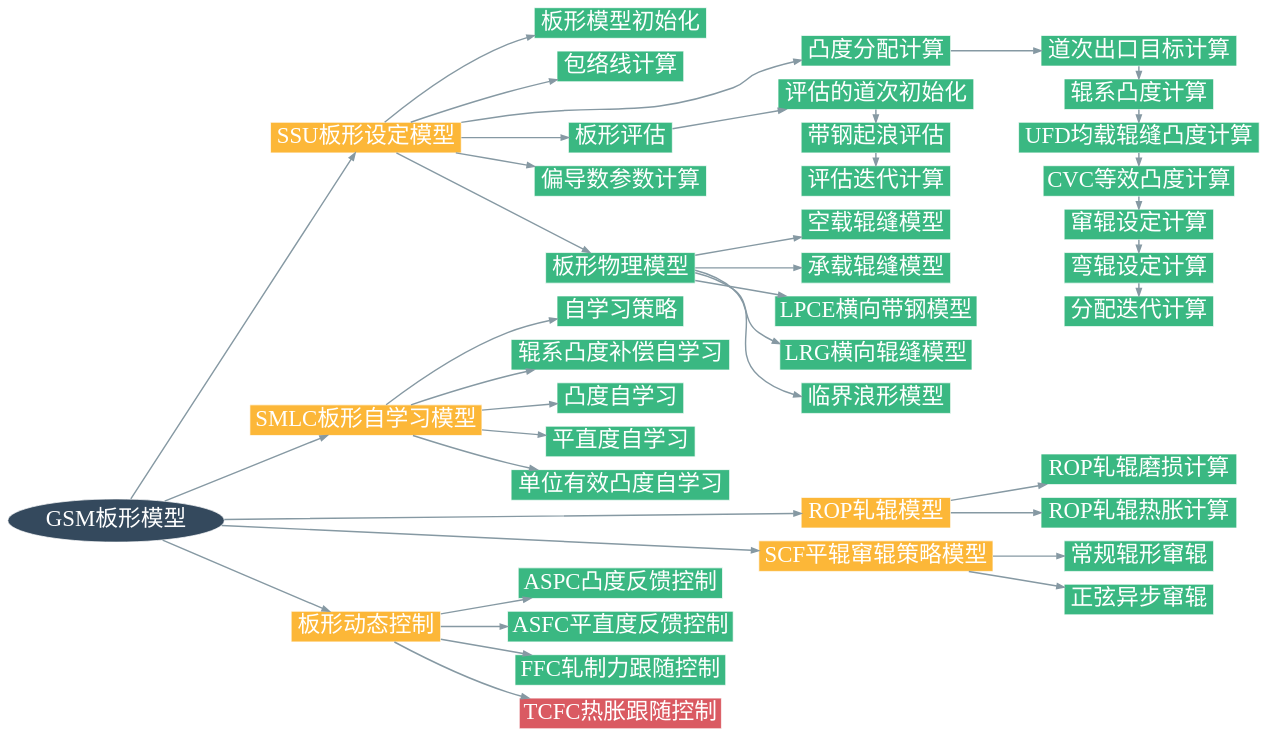
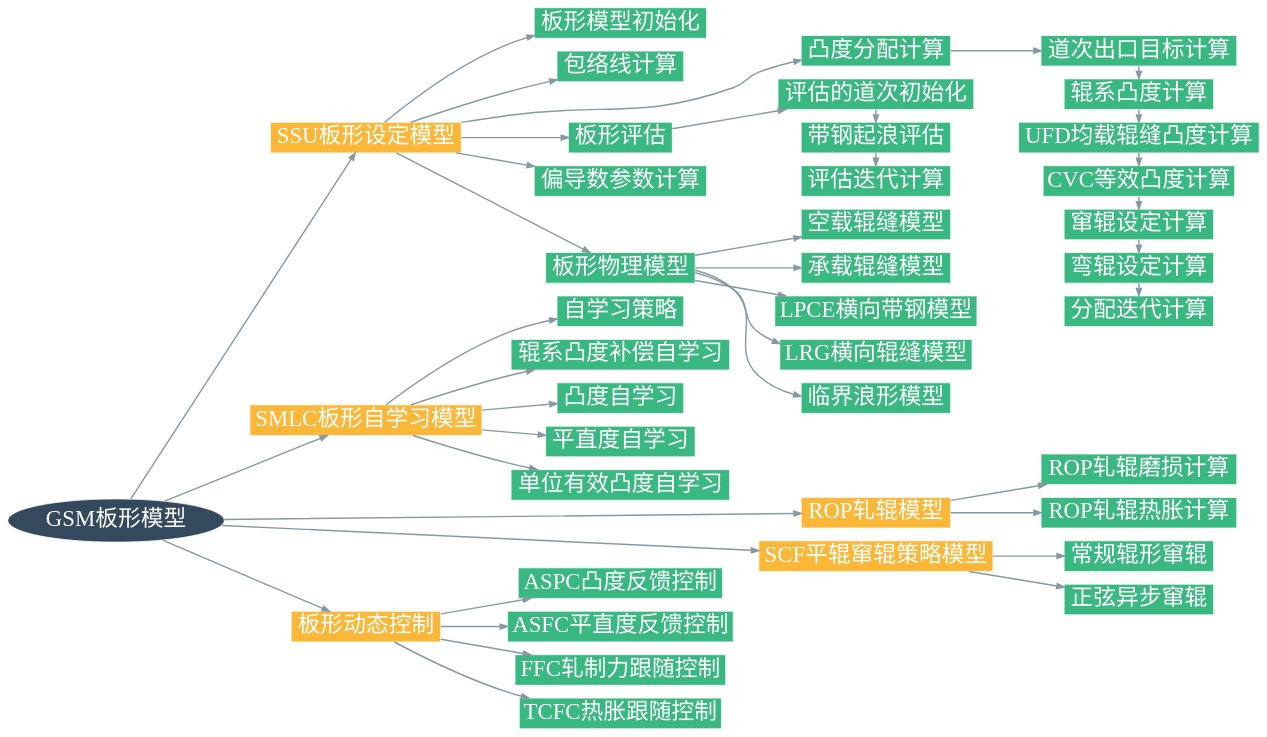
One commit to nekohor/digestion_of_shape_model changed the diagram in doc/anatomy/anatomy_gsm.dot. Above: the diagram before and after it, drawn with Graphviz. The commit also changed 14 other files, not shown here.

```diff
--- a/doc/anatomy/anatomy_gsm.dot
+++ b/doc/anatomy/anatomy_gsm.dot
@@ -1,149 +1,149 @@
 digraph G{  
     //node [shape=plaintext, fontname="Microsoft Yahei、Inziu Iosevka SC"];
     //graph [
         //charset = "UTF-8";
 
         // = "#343434",
         //fontcolor = white,
         //fontsize = 18,
         //style = "filled",
         rankdir = LR;
         margin = 1.2;
         //splines = spline,
         //ranksep = 1.0,
         //nodesep = 0.9
-        //fillcolor="#DA5A62"
+        //fillcolor="#DA5A62"  // 红色
     //];
     //compound=true;
     node [style="filled";
           //colorscheme="greys4";
           shape="box";
           fontname = "Inziu Iosevka SC";
           fontsize = 32,
           fontcolor = "#FFFFFF",
           color="#FFFFFF",
           size="5,5";
           fillcolor="#3AB882";
           distortion=.7;
     ];
     edge [style="bold";
           fontname = "Inziu Iosevka SC";
           fontsize = 22;
           fontcolor="#8699A3";
           color="#8699A3";
           //peripheries="3";
     ];
 
     GSM[label="GSM板形模型" shape="oval" fontcolor="white" fillcolor="#34495D"];
 
     SSU[label="SSU板形设定模型" fillcolor="#FCB738"];
     SSU_init[label="板形模型初始化"];
     SSU_env[label="包络线计算"];
     SSU_alc[label="凸度分配计算"];
     SSU_evl[label="板形评估"];
     SSU_xfer_func[label="偏导数参数计算"];
     SSU_physical_model[label="板形物理模型"];
 
     {
         SSU_delivery_pass_targets[label="道次出口目标计算"];
         SSU_roll_stack_crowns[label="辊系凸度计算"];
         SSU_UFD_calc[label="UFD均载辊缝凸度计算"];
         SSU_roll_grnd_calc[label="CVC等效凸度计算"];
         SSU_pos_shft_actuator[label="窜辊设定计算"];
         SSU_bend_frc_actuator[label="弯辊设定计算"];
         SSU_alc_cycle_calc[label="分配迭代计算"];
         {
             rank=same;
             SSU_delivery_pass_targets->SSU_roll_stack_crowns;
             SSU_roll_stack_crowns->SSU_UFD_calc;
             SSU_UFD_calc->SSU_roll_grnd_calc;
             SSU_roll_grnd_calc->SSU_pos_shft_actuator;
             SSU_pos_shft_actuator->SSU_bend_frc_actuator;
             SSU_bend_frc_actuator->SSU_alc_cycle_calc;
         }
 
     }
 
     {
         SSU_evl_initialize_first_pass_entry[label="评估的道次初始化"];
         SSU_evaluate_strip[label="带钢起浪评估"];
         SSU_evl_cycle_calc[label="评估迭代计算"];
         {
             rank="same";
             SSU_evl_initialize_first_pass_entry->SSU_evaluate_strip;
             SSU_evaluate_strip->SSU_evl_cycle_calc;
         }
         
     }
 
     {
         unloaded_roll_gap_model[label="空载辊缝模型"];
         loaded_roll_gap_model[label="承载辊缝模型"];
         LPCE[label="LPCE横向带钢模型"];
         LRG[label="LRG横向辊缝模型"];
         critical_buckling_model[label="临界浪形模型"];
     }
 
 
 
 
     SMLC[label="SMLC板形自学习模型" fillcolor="#FCB738"];
     adaptation_strategy[label="自学习策略"];
     wr_crn_off_adj[label="辊系凸度补偿自学习"];
     profile_adapt[label="凸度自学习"];
     flatness_adapt[label="平直度自学习"];
     pu_eff_profile_adapt[label="单位有效凸度自学习"];
 
 
     ROP[label="ROP轧辊模型" fillcolor="#FCB738"];
     ROP_wear[label="ROP轧辊磨损计算"];
     ROP_thermal[label="ROP轧辊热胀计算"];
 
     SCF[label="SCF平辊窜辊策略模型" fillcolor="#FCB738"];
     SCF_normal[label="常规辊形窜辊"];
     SCF_sin[label="正弦异步窜辊"];
 
     SMDC[label="板形动态控制" fillcolor="#FCB738"];
     ASPC[label="ASPC凸度反馈控制"];
     ASFC[label="ASFC平直度反馈控制"];
     FFC[label="FFC轧制力跟随控制"];
-    TCFC[label="TCFC热胀跟随控制" fillcolor="#DA5A62"];
+    TCFC[label="TCFC热胀跟随控制"];
 
     // global
     GSM->{SSU SMLC ROP SCF SMDC}
     SSU->{SSU_init SSU_env SSU_alc SSU_evl SSU_xfer_func SSU_physical_model};
     SMLC->{
 
             adaptation_strategy;
             wr_crn_off_adj;
             profile_adapt;
             flatness_adapt;
             pu_eff_profile_adapt;  
     };
     SSU_alc->SSU_delivery_pass_targets;
     SSU_evl->SSU_evl_initialize_first_pass_entry;
 
     {
         rank=same
         SSU_alc loaded_roll_gap_model
     }
     SSU_physical_model->{
         unloaded_roll_gap_model
         loaded_roll_gap_model
         LPCE
         LRG
         critical_buckling_model
     };
 
     ROP->{ROP_wear ROP_thermal};
     {
         rank=same;
         ROP_wear ROP_thermal SSU_roll_stack_crowns
     }
     SCF->{SCF_normal SCF_sin};
     {
         rank=same;
         SCF_normal SCF_sin SSU_pos_shft_actuator
     }    
     SMDC->{ASPC ASFC FFC TCFC};
 }  
```
